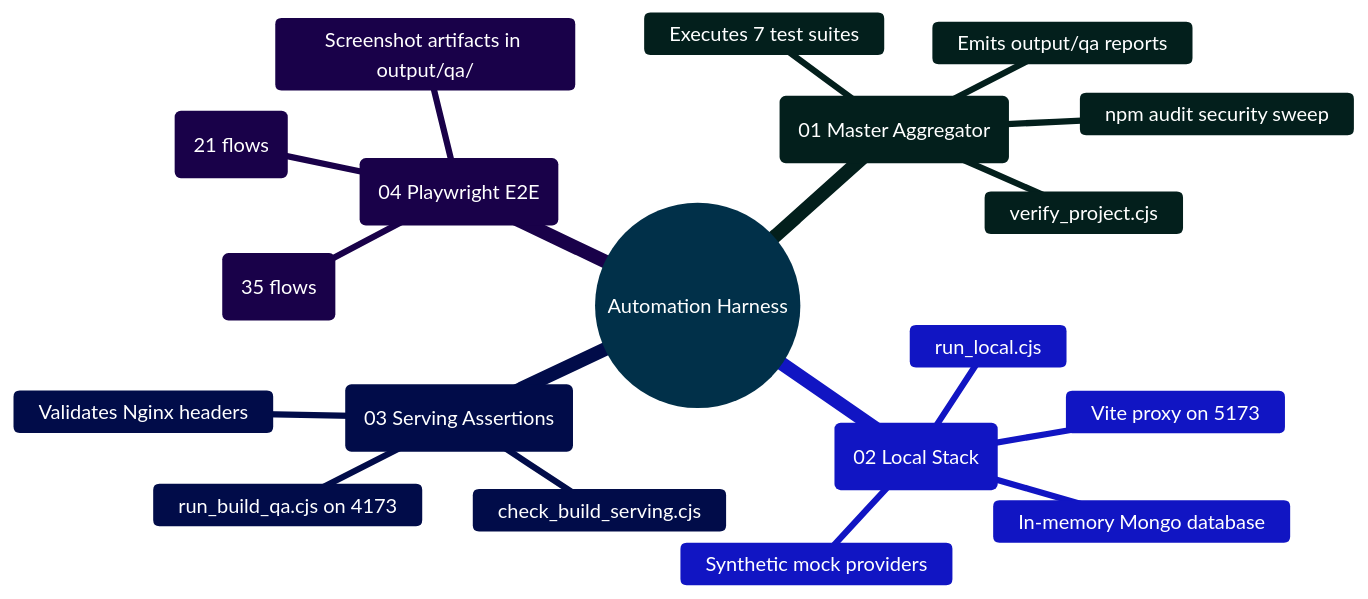
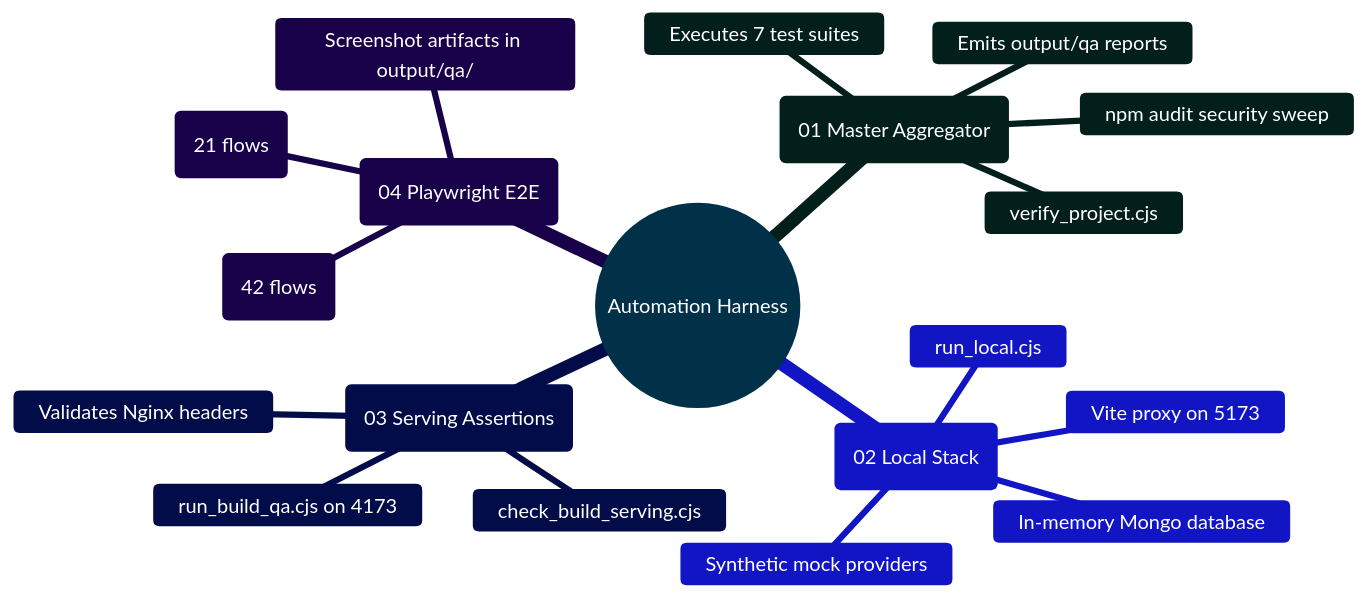
The diagram in scripts/README.md (Ganesh172919/React-App-LLM), drawn with Mermaid before and after one commit. The commit also changed other lines of this file and 39 other files, not shown here.

````diff
--- a/scripts/README.md
+++ b/scripts/README.md
@@ -54,28 +54,28 @@
 ```mermaid
 %%{init: {'theme': 'base', 'themeVariables': { 'primaryColor': '#0284c7', 'primaryTextColor': '#ffffff', 'primaryBorderColor': '#0369a1', 'lineColor': '#0284c7', 'secondaryColor': '#0d9488', 'tertiaryColor': '#6366f1' }}}%%
 mindmap
   root((Automation Harness))
     ::icon(fa fa-gears)
     (01 Master Aggregator)
       ::icon(fa fa-play)
       verify_project.cjs
       Executes 7 test suites
       npm audit security sweep
       Emits output/qa reports
     (02 Local Stack)
       ::icon(fa fa-laptop-code)
       run_local.cjs
       In-memory Mongo database
       Synthetic mock providers
       Vite proxy on 5173
     (03 Serving Assertions)
       ::icon(fa fa-shield-halved)
       check_build_serving.cjs
       Validates Nginx headers
       run_build_qa.cjs on 4173
     (04 Playwright E2E)
       ::icon(fa fa-browser)
       browser_smoke.cjs (21 flows)
-      browser_verify_dark_and_tools (35 flows)
+      browser_verify_dark_and_tools (42 flows)
       Screenshot artifacts in output/qa/
 ```
````
